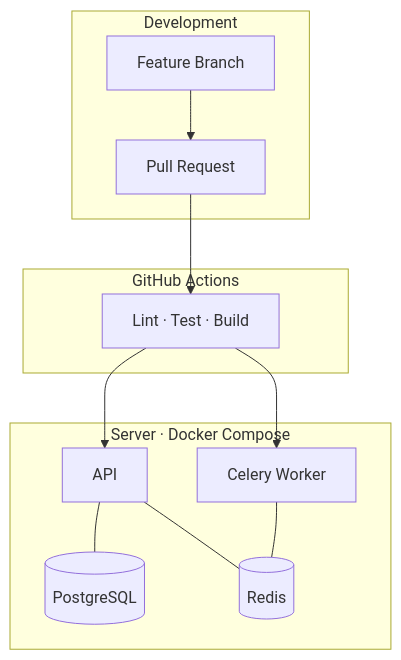
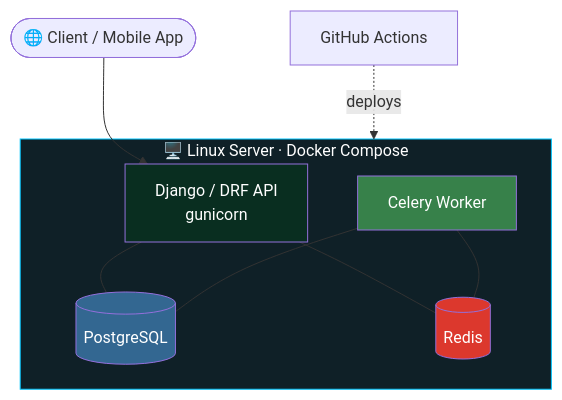
The second of 2 diagrams in README.md (JiteshAI-web/JiteshAI-web), drawn with Mermaid before and after one commit. The commit also changed other lines of this file, not shown here.

````diff
--- a/README.md
+++ b/README.md
@@ -197,16 +99,21 @@
 ```mermaid
 flowchart TB
-    subgraph Dev[Development]
-        A[Feature Branch] --> B[Pull Request]
+    U([🌐 Client / Mobile App]) --> API
+    subgraph Server["🖥️ Linux Server · Docker Compose"]
+        API[Django / DRF API<br/>gunicorn]
+        W[Celery Worker]
+        DB[(PostgreSQL)]
+        R[(Redis)]
+        API --- DB
+        API --- R
+        W --- R
+        W --- DB
     end
-    subgraph CI[GitHub Actions]
-        B --> C[Lint · Test · Build]
-    end
-    subgraph Prod[Server · Docker Compose]
-        C --> D[API]
-        C --> E[Celery Worker]
-        D --- F[(PostgreSQL)]
-        D --- G[(Redis)]
-        E --- G
-    end
+    GH[GitHub Actions] -. deploys .-> Server
+
+    style Server fill:#0F2027,color:#fff,stroke:#00C6FF
+    style API fill:#092E20,color:#fff
+    style W fill:#37814A,color:#fff
+    style DB fill:#336791,color:#fff
+    style R fill:#DC382D,color:#fff
 ```
````
